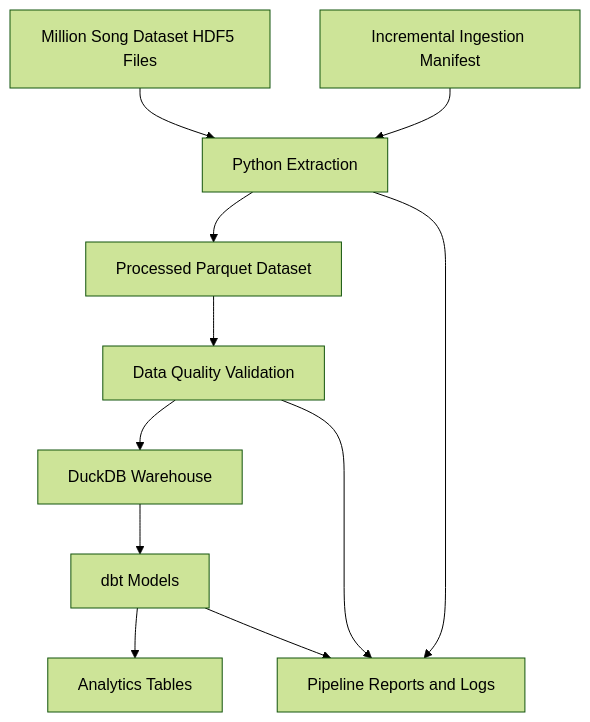
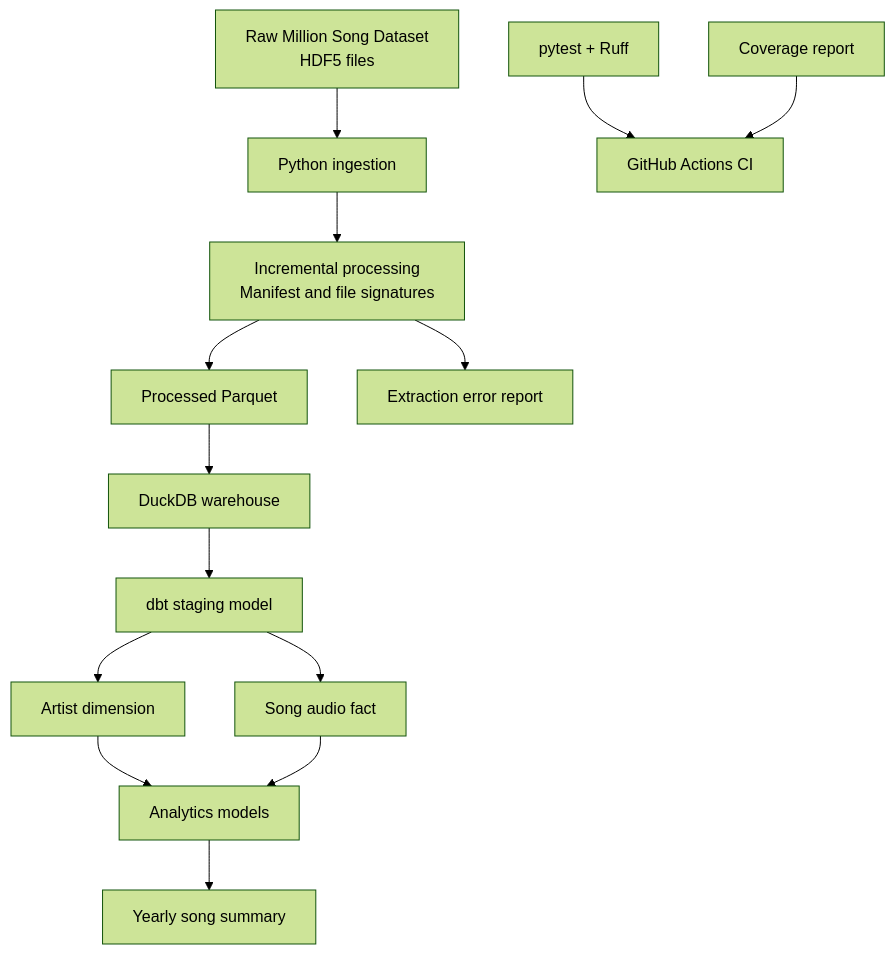
Before and after one commit to hussainali99a/Million-Song-Dataset-Analytics-Pipeline: the diagram in README.md, drawn with Mermaid (forest theme). The commit also changed other lines of this file, not shown here.

````diff
--- a/README.md
+++ b/README.md
@@ -27,23 +33,16 @@
 ```mermaid
 flowchart TD
-    A[Million Song Dataset HDF5 Files]
-    B[Python Extraction]
-    C[Incremental Ingestion Manifest]
-    D[Processed Parquet Dataset]
-    E[Data Quality Validation]
-    F[DuckDB Warehouse]
-    G[dbt Models]
-    H[Analytics Tables]
-    I[Pipeline Reports and Logs]
-
-    A --> B
-    C --> B
-    B --> D
-    D --> E
-    E --> F
-    F --> G
-    G --> H
-    B --> I
-    E --> I
-    G --> I
+    A["Raw Million Song Dataset<br/>HDF5 files"] --> B["Python ingestion"]
+    B --> C["Incremental processing<br/>Manifest and file signatures"]
+    C --> D["Processed Parquet"]
+    C --> E["Extraction error report"]
+    D --> F["DuckDB warehouse"]
+    F --> G["dbt staging model"]
+    G --> H["Artist dimension"]
+    G --> I["Song audio fact"]
+    H --> J["Analytics models"]
+    I --> J
+    J --> K["Yearly song summary"]
+    L["pytest + Ruff"] --> M["GitHub Actions CI"]
+    N["Coverage report"] --> M
 ```
````
